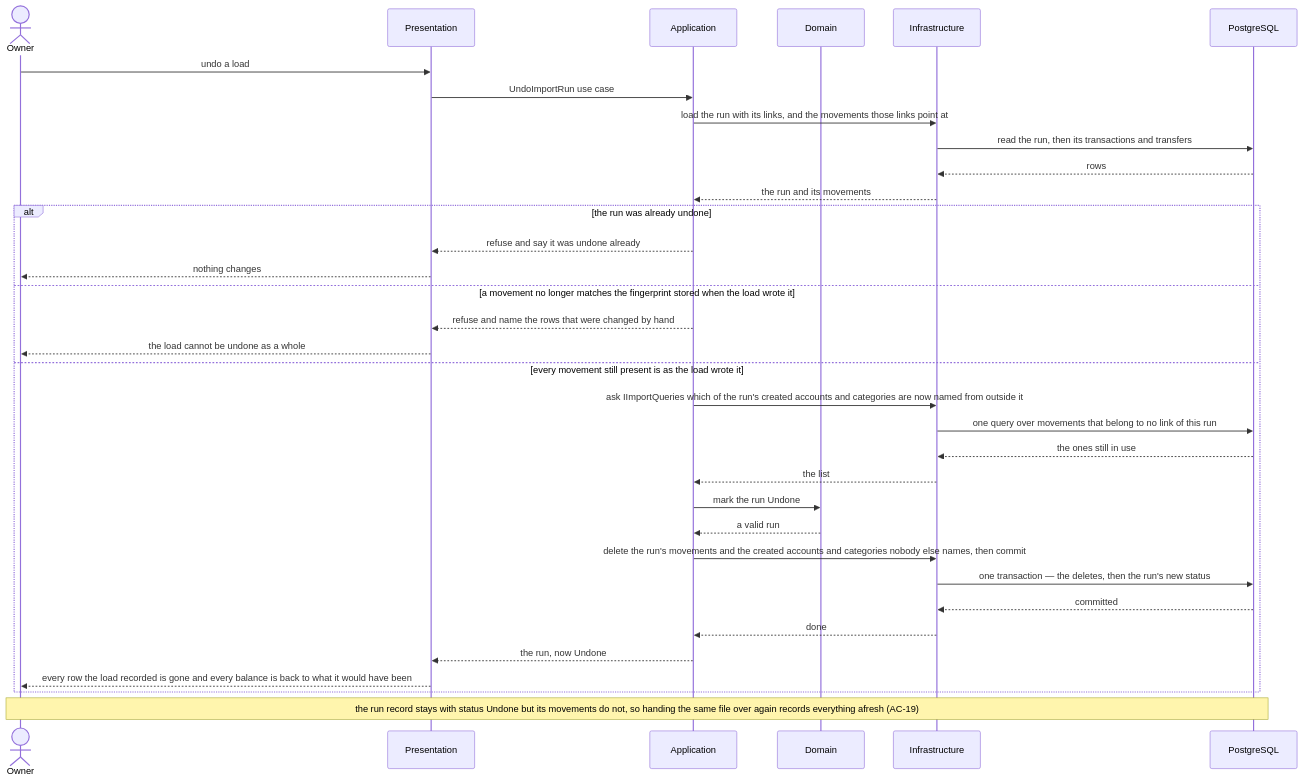
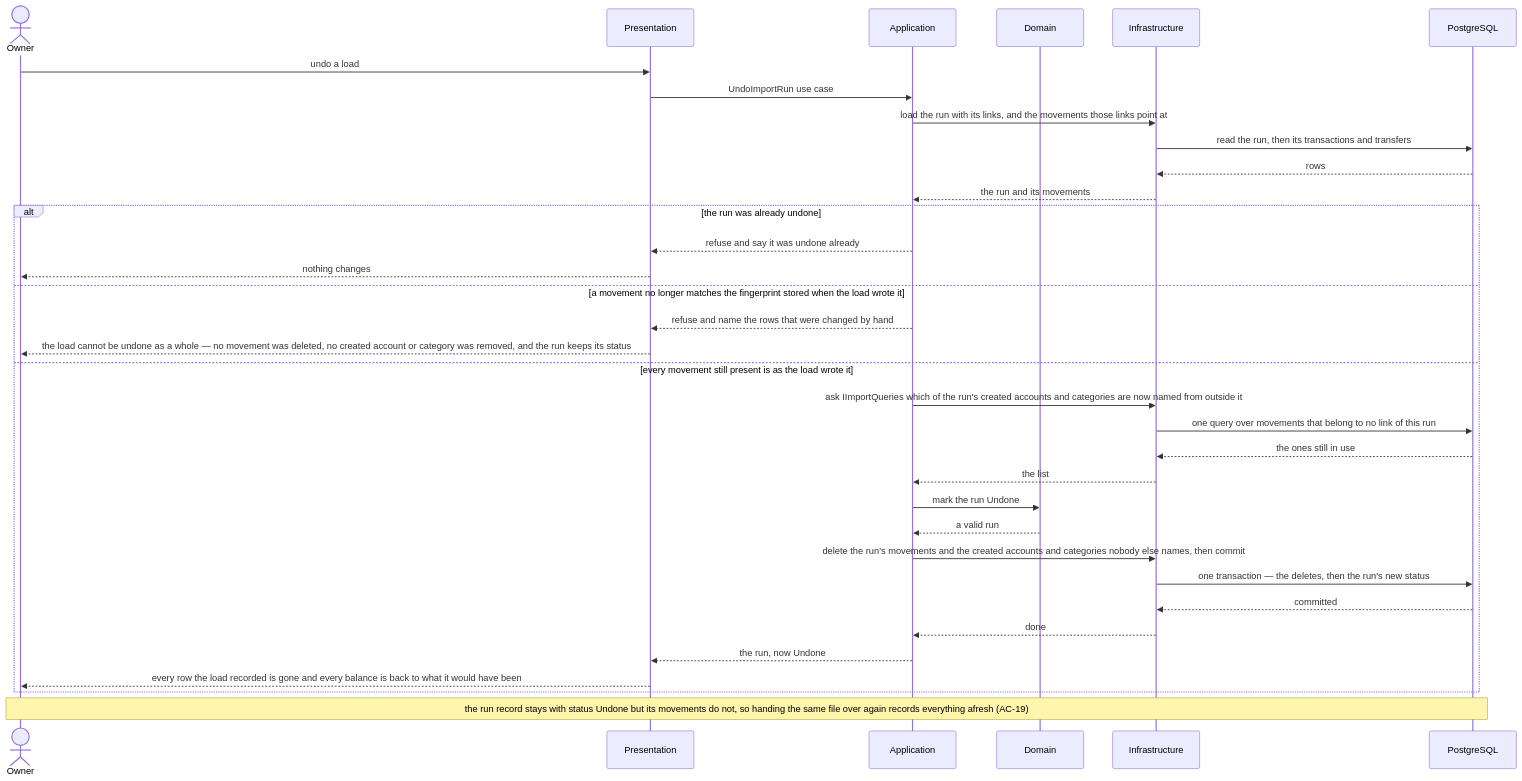
The eighth of 8 diagrams in docs/features/csv-import/sad.md (andrey-o-sim/FinNavis), drawn with Mermaid before and after one commit. The commit also changed other lines of this file, not shown here.

First line of the commit message:
sequences: audit csv-import §6 and close three coverage gaps

````diff
--- a/docs/features/csv-import/sad.md
+++ b/docs/features/csv-import/sad.md
@@ -663,37 +681,37 @@
 ```mermaid
 sequenceDiagram
     actor Owner
     participant Pres as Presentation
     participant App as Application
     participant Dom as Domain
     participant Inf as Infrastructure
     participant PG as PostgreSQL
 
     Owner->>Pres: undo a load
     Pres->>App: UndoImportRun use case
     App->>Inf: load the run with its links, and the movements those links point at
     Inf->>PG: read the run, then its transactions and transfers
     PG-->>Inf: rows
     Inf-->>App: the run and its movements
     alt the run was already undone
         App-->>Pres: refuse and say it was undone already
         Pres-->>Owner: nothing changes
     else a movement no longer matches the fingerprint stored when the load wrote it
         App-->>Pres: refuse and name the rows that were changed by hand
-        Pres-->>Owner: the load cannot be undone as a whole
+        Pres-->>Owner: the load cannot be undone as a whole — no movement was deleted, no created account or category was removed, and the run keeps its status
     else every movement still present is as the load wrote it
         App->>Inf: ask IImportQueries which of the run's created accounts and categories are now named from outside it
         Inf->>PG: one query over movements that belong to no link of this run
         PG-->>Inf: the ones still in use
         Inf-->>App: the list
         App->>Dom: mark the run Undone
         Dom-->>App: a valid run
         App->>Inf: delete the run's movements and the created accounts and categories nobody else names, then commit
         Inf->>PG: one transaction — the deletes, then the run's new status
         PG-->>Inf: committed
         Inf-->>App: done
         App-->>Pres: the run, now Undone
         Pres-->>Owner: every row the load recorded is gone and every balance is back to what it would have been
     end
     Note over Owner,PG: the run record stays with status Undone but its movements do not, so handing the same file over again records everything afresh (AC-19)
 ```
````
